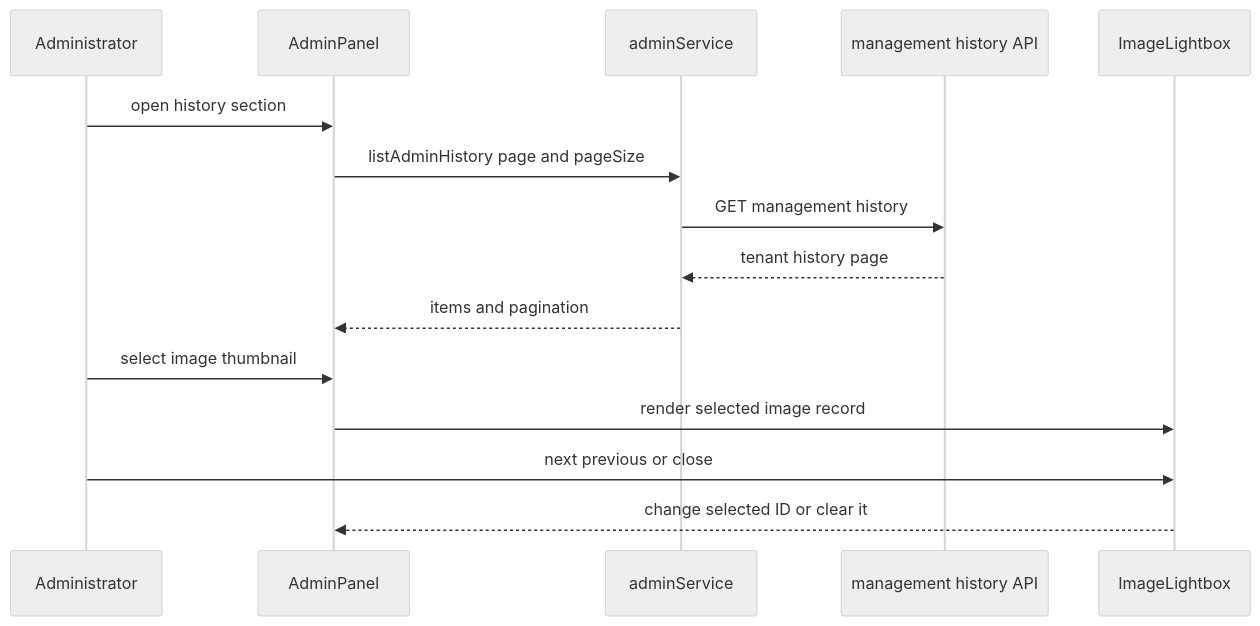
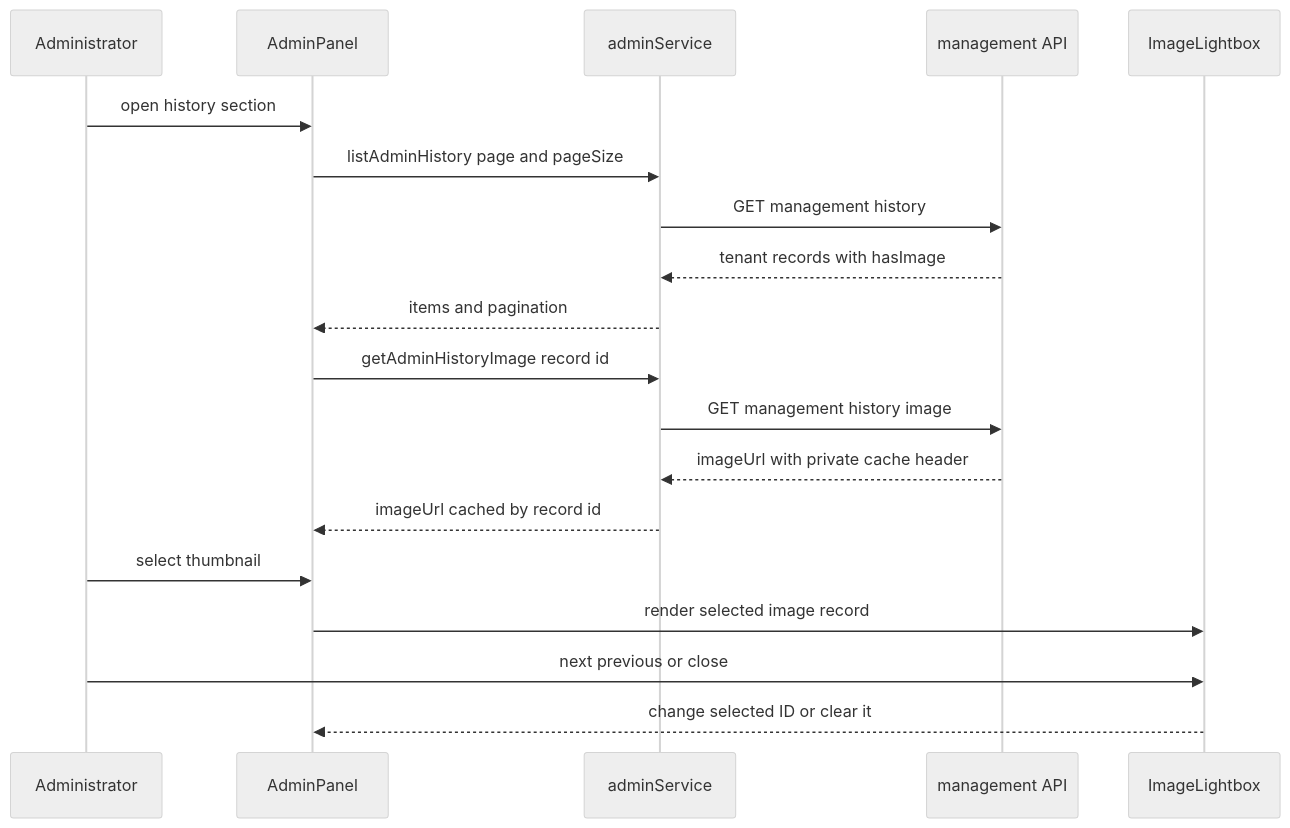
The diagram in openwiki/frontend/admin-panel.md (tony30552001/Genpic-master), drawn with Mermaid (neutral theme) before and after one commit. The commit also changed other lines of this file and 15 other files, not shown here.

First line of the commit message:
perf(admin): lazy section loading and image endpoints for admin console

````diff
--- a/openwiki/frontend/admin-panel.md
+++ b/openwiki/frontend/admin-panel.md
@@ -32,17 +32,21 @@
 ```mermaid
 sequenceDiagram
   participant Admin as Administrator
   participant Panel as AdminPanel
   participant Service as adminService
-  participant Api as management history API
+  participant Api as management API
   participant Modal as ImageLightbox
   Admin->>Panel: open history section
   Panel->>Service: listAdminHistory page and pageSize
   Service->>Api: GET management history
-  Api-->>Service: tenant history page
+  Api-->>Service: tenant records with hasImage
   Service-->>Panel: items and pagination
-  Admin->>Panel: select image thumbnail
+  Panel->>Service: getAdminHistoryImage record id
+  Service->>Api: GET management history image
+  Api-->>Service: imageUrl with private cache header
+  Service-->>Panel: imageUrl cached by record id
+  Admin->>Panel: select thumbnail
   Panel->>Modal: render selected image record
   Admin->>Modal: next previous or close
   Modal-->>Panel: change selected ID or clear it
 ```
````
